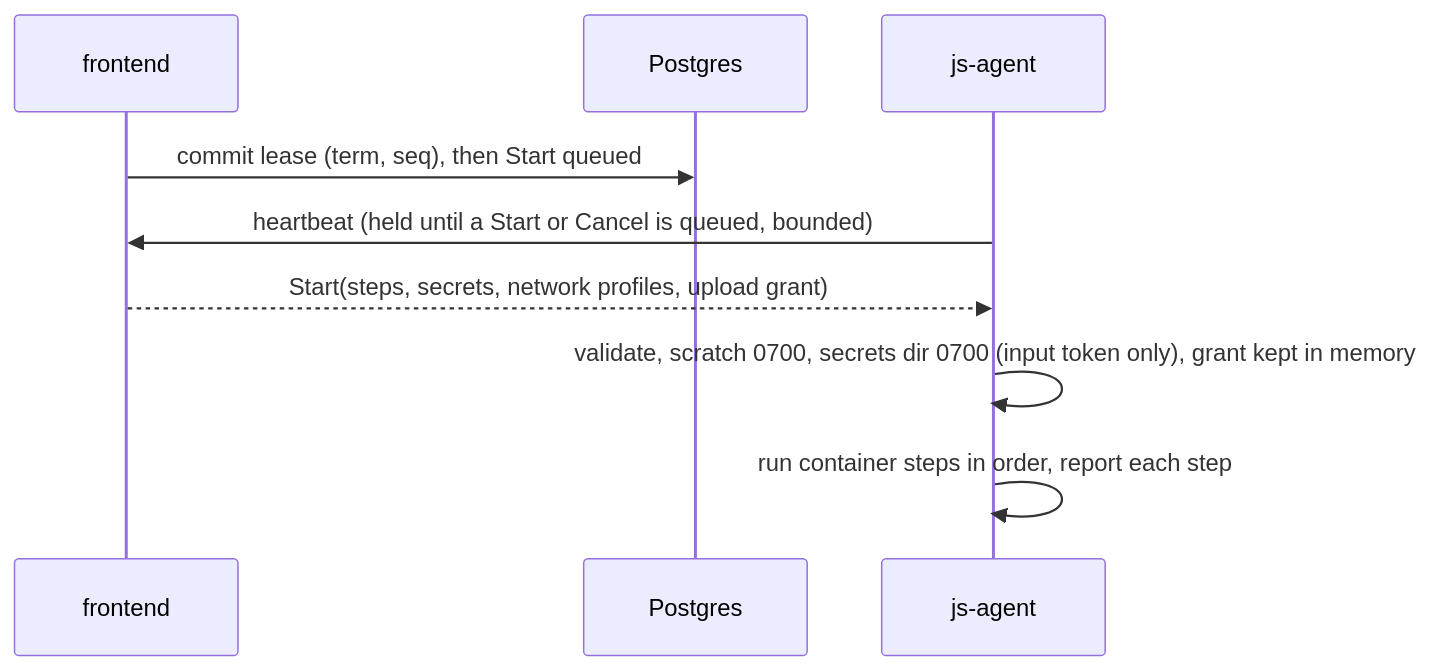
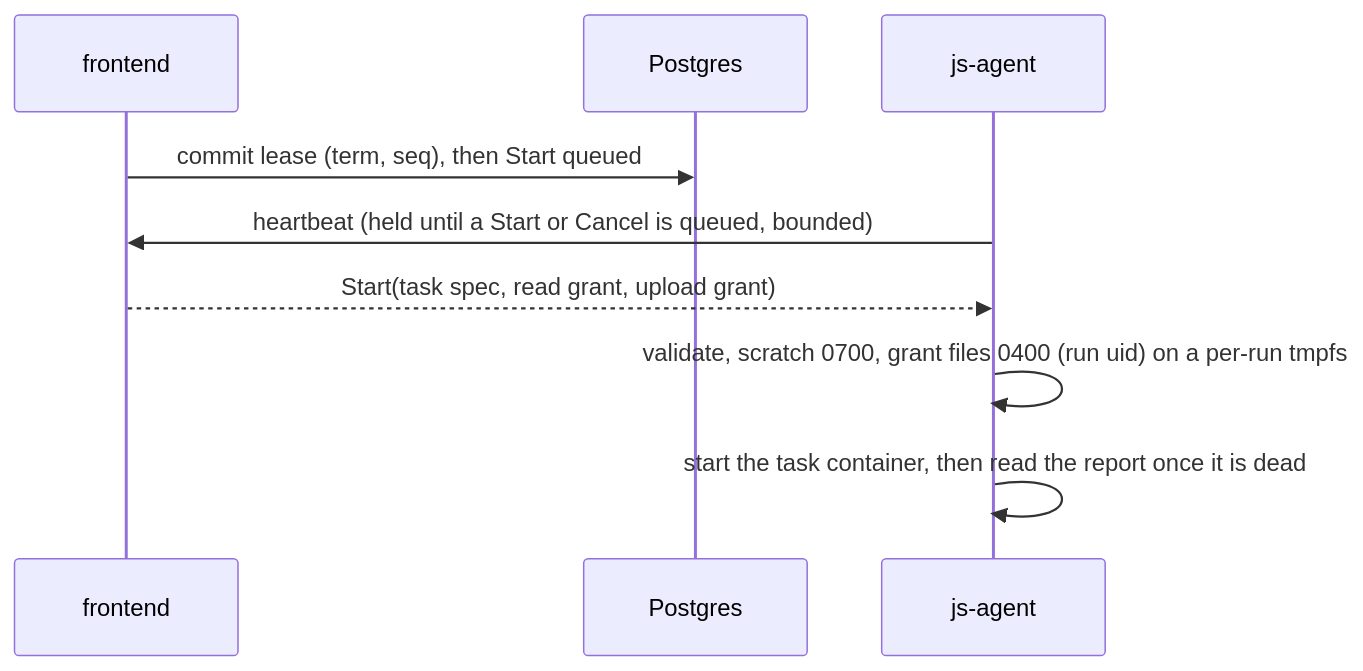
The sixth of 14 diagrams in docs/design/kbf-on-js-agent.md (komira-ai/jobscheduler), drawn with Mermaid before and after one commit. The commit also changed other lines of this file and 2 other files, not shown here.

````diff
--- a/docs/design/kbf-on-js-agent.md
+++ b/docs/design/kbf-on-js-agent.md
@@ -403,11 +406,11 @@
 ```mermaid
 sequenceDiagram
   participant F as frontend
   participant D as Postgres
   participant G as js-agent
   F->>D: commit lease (term, seq), then Start queued
   G->>F: heartbeat (held until a Start or Cancel is queued, bounded)
-  F-->>G: Start(steps, secrets, network profiles, upload grant)
-  G->>G: validate, scratch 0700, secrets dir 0700 (input token only), grant kept in memory
-  G->>G: run container steps in order, report each step
+  F-->>G: Start(task spec, read grant, upload grant)
+  G->>G: validate, scratch 0700, grant files 0400 (run uid) on a per-run tmpfs
+  G->>G: start the task container, then read the report once it is dead
 ```
````
